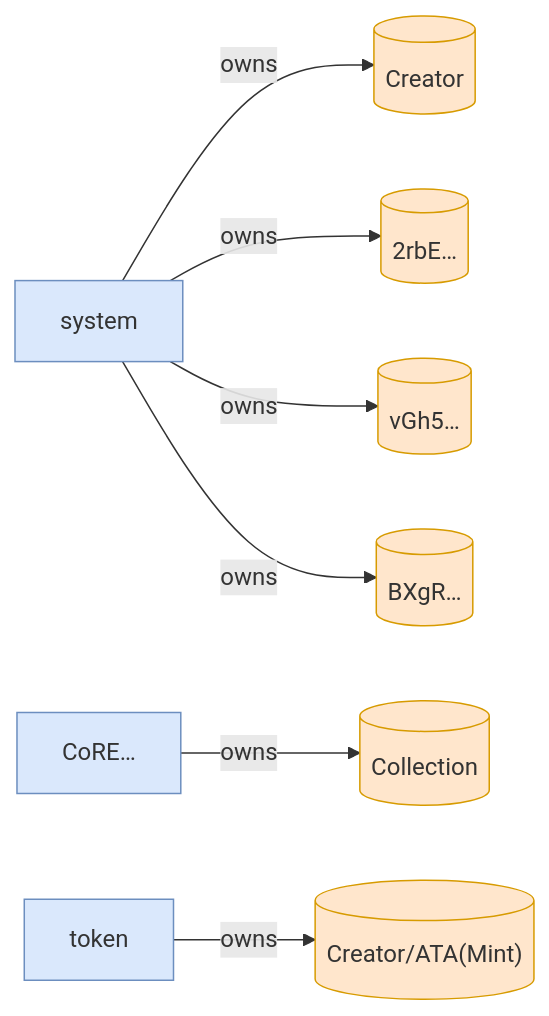
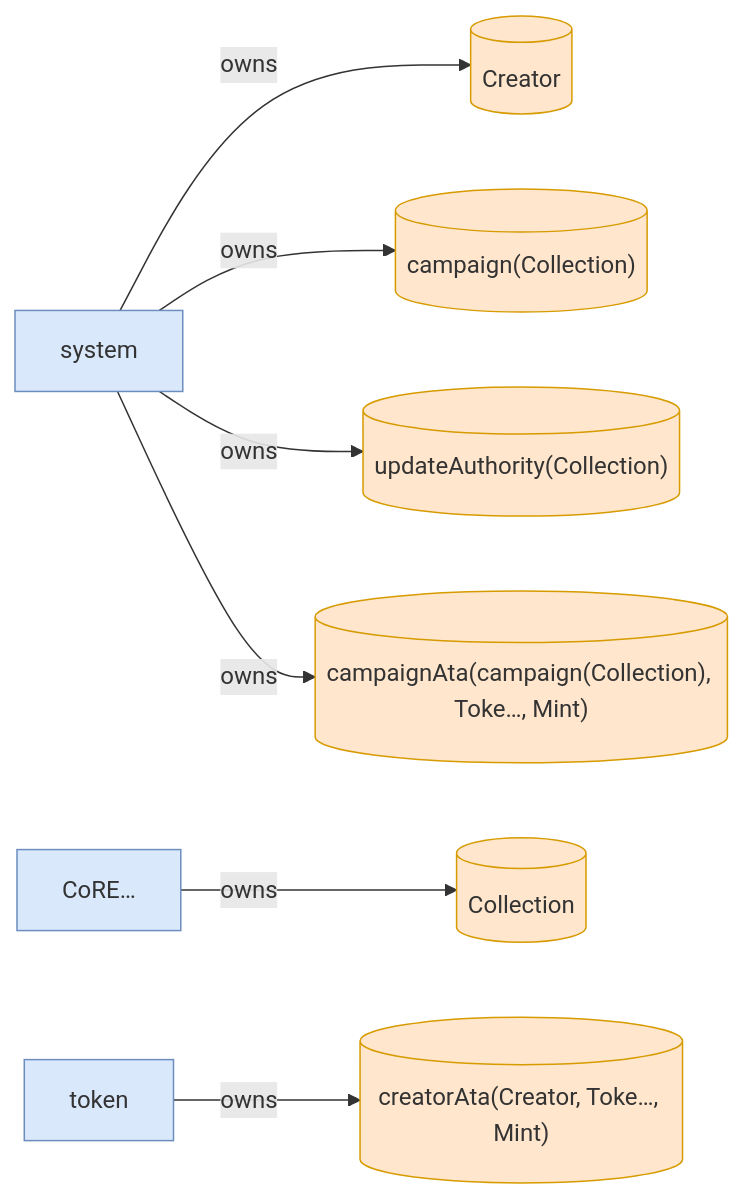
One commit to cds-turbin3/vesting-position changed the sixth of 6 diagrams in babelfish-tests/test-report/cancel_campaign_returns_deposit_and_closes_accounts.md. Above: the diagram before and after it, drawn with Mermaid. The commit also changed other lines of this file and 51 other files, not shown here.

````diff
--- a/babelfish-tests/test-report/cancel_campaign_returns_deposit_and_closes_accounts.md
+++ b/babelfish-tests/test-report/cancel_campaign_returns_deposit_and_closes_accounts.md
@@ -265,21 +230,21 @@
 ```mermaid
 flowchart LR
     system["system"]:::program
     Creator[("Creator")]:::state
-    2rbE[("2rbE…")]:::state
+    campaignCollection[("campaign(Collection)")]:::state
     CoRE["CoRE…"]:::program
     Collection[("Collection")]:::state
-    vGh5[("vGh5…")]:::state
-    BXgR[("BXgR…")]:::state
+    updateAuthorityCollection[("updateAuthority(Collection)")]:::state
+    campaignAtacampaignCollectionTokeMint[("campaignAta(campaign(Collection), Toke…, Mint)")]:::state
     token["token"]:::program
-    CreatorATAMint[("Creator/ATA(Mint)")]:::state
+    creatorAtaCreatorTokeMint[("creatorAta(Creator, Toke…, Mint)")]:::state
     system -->|owns| Creator
-    system -->|owns| 2rbE
+    system -->|owns| campaignCollection
     CoRE -->|owns| Collection
-    system -->|owns| vGh5
-    system -->|owns| BXgR
-    token -->|owns| CreatorATAMint
+    system -->|owns| updateAuthorityCollection
+    system -->|owns| campaignAtacampaignCollectionTokeMint
+    token -->|owns| creatorAtaCreatorTokeMint
     classDef program fill:#dae8fc,stroke:#6c8ebf;
     classDef signer fill:#d5e8d4,stroke:#82b366;
     classDef state fill:#ffe6cc,stroke:#d79b00;
 ```
````
